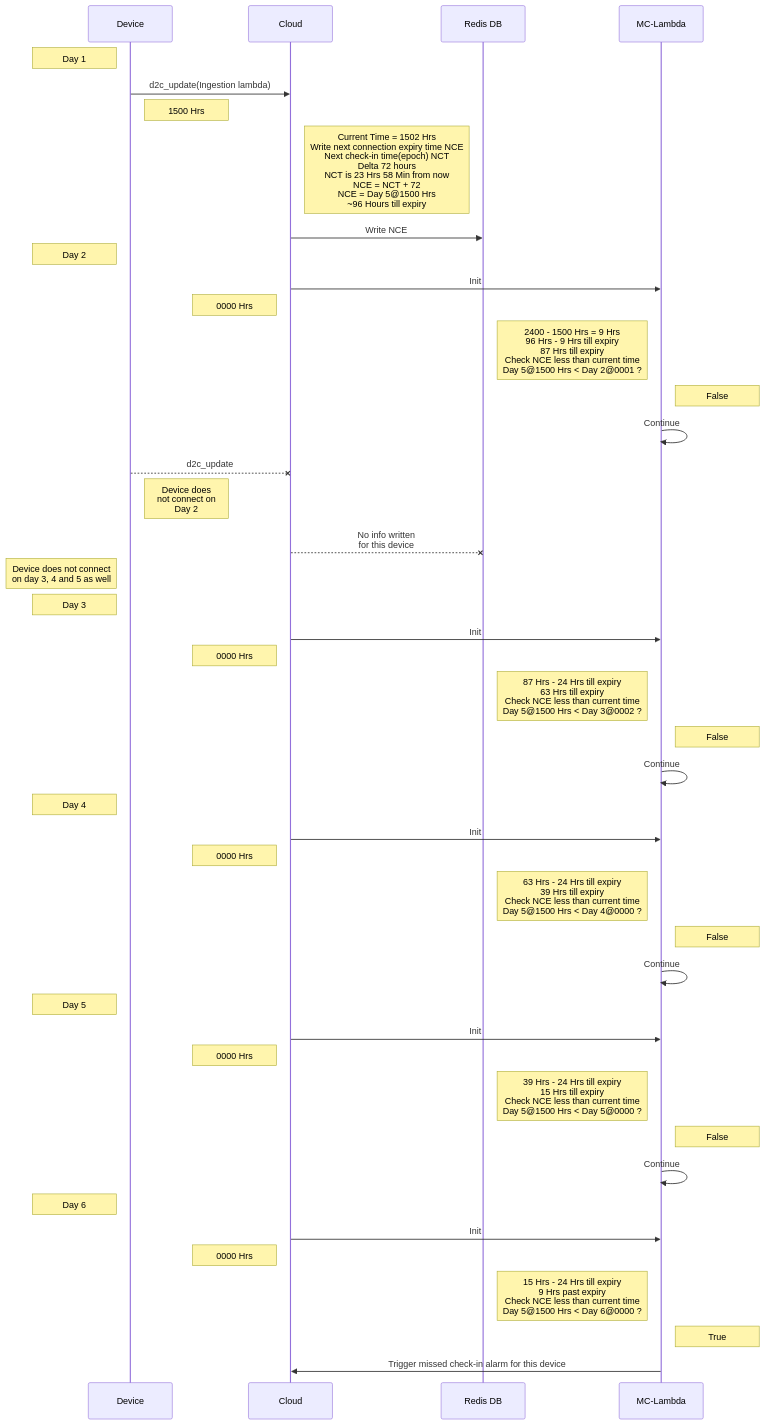
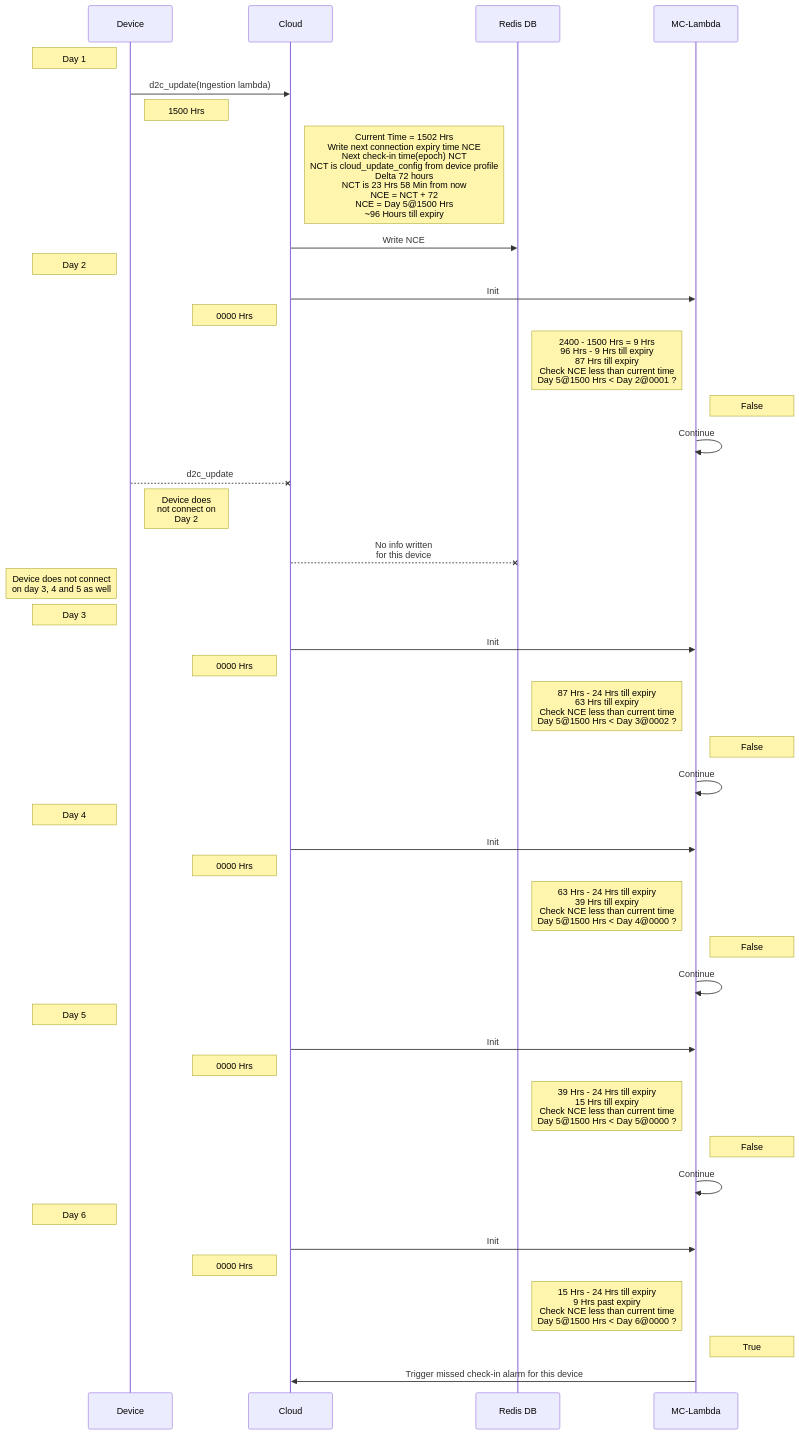
The diagram in sequence_everyday.md (Mooney23/slc_diagrams), drawn with Mermaid before and after one commit.

Commit message:
Add extra info for NCT

````diff
--- a/sequence_everyday.md
+++ b/sequence_everyday.md
@@ -9,52 +9,52 @@
 ```mermaid
 sequenceDiagram
     Note left of Device: Day 1
     Device ->> Cloud: d2c_update(Ingestion lambda)
     Note right of Device: 1500 Hrs
-    Note left of Redis DB: Current Time = 1502 Hrs<br/>Write next connection expiry time NCE<br/>Next check-in time(epoch) NCT<br/>Delta 72 hours<br/>NCT is 23 Hrs 58 Min from now<br/>NCE = NCT + 72<br/>NCE = Day 5@1500 Hrs<br/>~96 Hours till expiry
+    Note left of Redis DB: Current Time = 1502 Hrs<br/>Write next connection expiry time NCE<br/>Next check-in time(epoch) NCT<br/>NCT is cloud_update_config from device profile<br/>Delta 72 hours<br/>NCT is 23 Hrs 58 Min from now<br/>NCE = NCT + 72<br/>NCE = Day 5@1500 Hrs<br/>~96 Hours till expiry
     Cloud ->> Redis DB: Write NCE
 
 
     Note left of Device: Day 2
     Cloud ->> MC-Lambda: Init
     Note left of Cloud: 0000 Hrs
     Note left of MC-Lambda: 2400 - 1500 Hrs = 9 Hrs<br/>96 Hrs - 9 Hrs till expiry<br/>87 Hrs till expiry<br/>Check NCE less than current time<br>Day 5@1500 Hrs < Day 2@0001 ?
     Note right of MC-Lambda: False
     MC-Lambda ->> MC-Lambda: Continue
     Device --x Cloud: d2c_update
     Note right of Device: Device does<br>not connect on<br>Day 2
     Cloud--xRedis DB: No info written<br>for this device
 
 
     Note left of Device: Device does not connect <br>on day 3, 4 and 5 as well
     Note left of Device: Day 3
     Cloud ->> MC-Lambda: Init
     Note left of Cloud: 0000 Hrs
     Note left of MC-Lambda: 87 Hrs - 24 Hrs till expiry<br/>63 Hrs till expiry<br/>Check NCE less than current time<br>Day 5@1500 Hrs < Day 3@0002 ?
     Note right of MC-Lambda: False
     MC-Lambda ->> MC-Lambda: Continue
 
 
     Note left of Device: Day 4
     Cloud ->> MC-Lambda: Init
     Note left of Cloud: 0000 Hrs
     Note left of MC-Lambda: 63 Hrs - 24 Hrs till expiry<br/>39 Hrs till expiry<br/>Check NCE less than current time<br>Day 5@1500 Hrs < Day 4@0000 ?
     Note right of MC-Lambda: False
     MC-Lambda ->> MC-Lambda: Continue
 
     Note left of Device: Day 5
     Cloud ->> MC-Lambda: Init
     Note left of Cloud: 0000 Hrs
     Note left of MC-Lambda: 39 Hrs - 24 Hrs till expiry<br/>15 Hrs till expiry<br/>Check NCE less than current time<br>Day 5@1500 Hrs < Day 5@0000 ?
     Note right of MC-Lambda: False
     MC-Lambda ->> MC-Lambda: Continue
 
     Note left of Device: Day 6
     Cloud ->> MC-Lambda: Init
     Note left of Cloud: 0000 Hrs
     Note left of MC-Lambda: 15 Hrs - 24 Hrs till expiry<br/>9 Hrs past expiry<br/>Check NCE less than current time<br>Day 5@1500 Hrs < Day 6@0000 ?
     Note right of MC-Lambda: True
 
     MC-Lambda ->> Cloud: Trigger missed check-in alarm for this device
 
 ```
````
